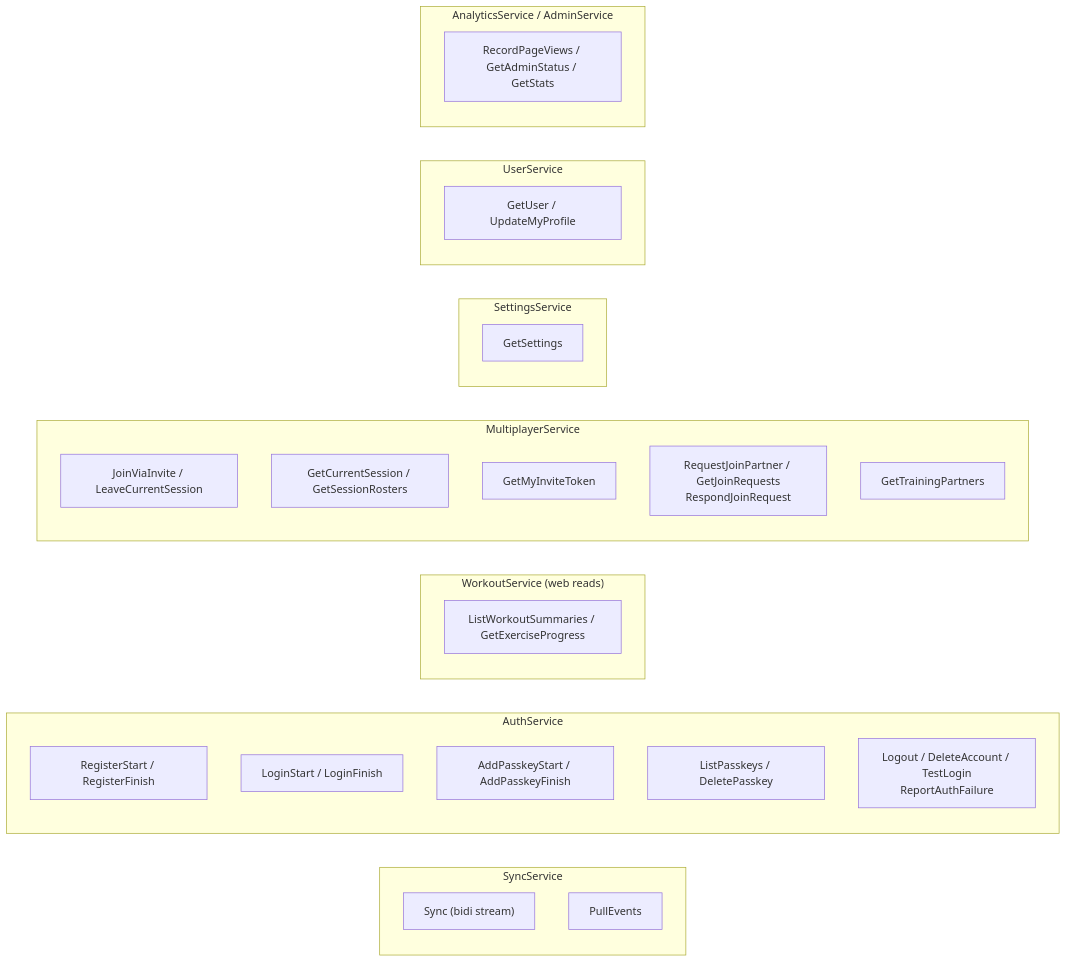
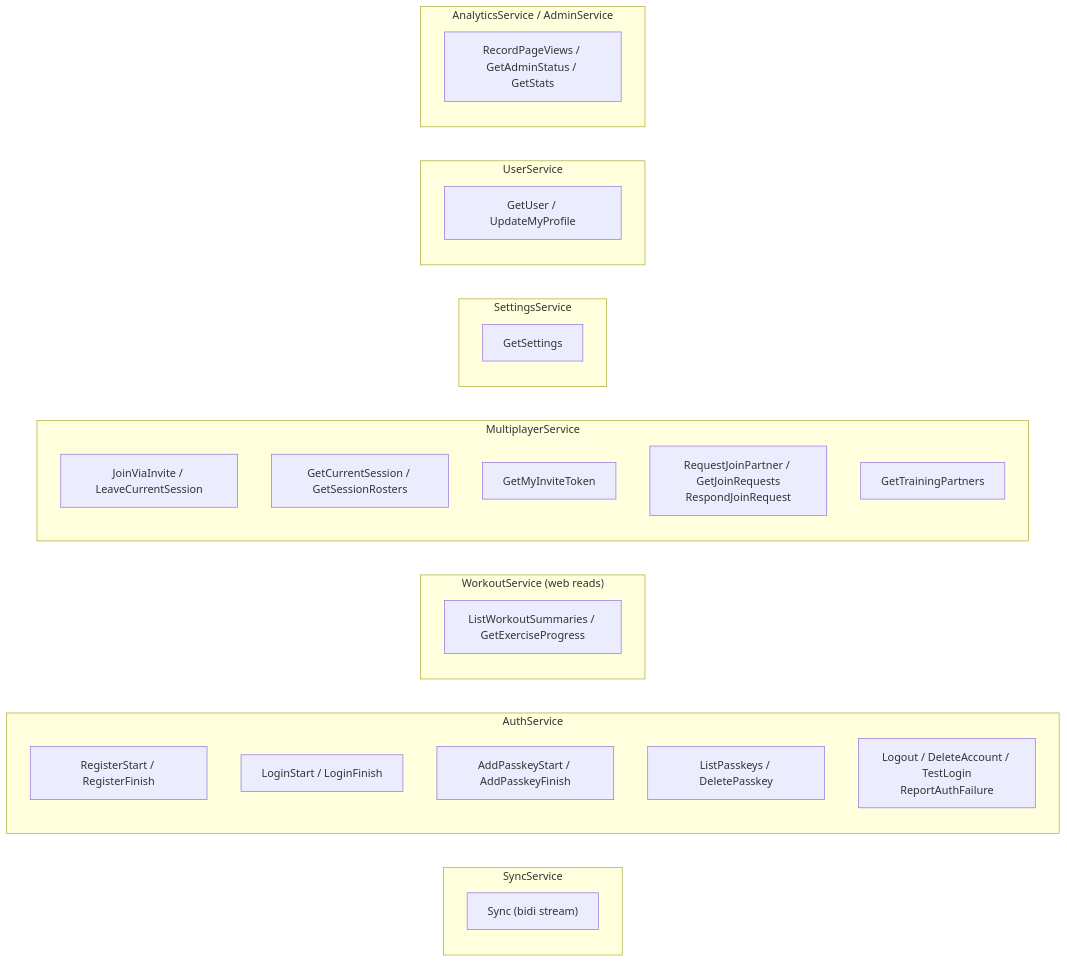
The third of 3 diagrams in docs/architecture/backend.md (brensch/lift), drawn with Mermaid before and after one commit. The commit also changed other lines of this file and 60 other files, not shown here.

````diff
--- a/docs/architecture/backend.md
+++ b/docs/architecture/backend.md
@@ -161,33 +173,32 @@
 ```mermaid
 graph LR
     subgraph "SyncService"
         y1["Sync (bidi stream)"]
-        y2["PullEvents"]
     end
     subgraph "AuthService"
         a1["RegisterStart / RegisterFinish"]
         a2["LoginStart / LoginFinish"]
         a3["AddPasskeyStart / AddPasskeyFinish"]
         a4["ListPasskeys / DeletePasskey"]
         a5["Logout / DeleteAccount / TestLogin<br/>ReportAuthFailure"]
     end
     subgraph "WorkoutService (web reads)"
         w1["ListWorkoutSummaries / GetExerciseProgress"]
     end
     subgraph "MultiplayerService"
         m1["JoinViaInvite / LeaveCurrentSession"]
         m2["GetCurrentSession / GetSessionRosters"]
         m3["GetMyInviteToken"]
         m4["RequestJoinPartner / GetJoinRequests<br/>RespondJoinRequest"]
         m5["GetTrainingPartners"]
     end
     subgraph "SettingsService"
         s1["GetSettings"]
     end
     subgraph "UserService"
         u1["GetUser / UpdateMyProfile"]
     end
     subgraph "AnalyticsService / AdminService"
         x1["RecordPageViews / GetAdminStatus / GetStats"]
     end
 ```
````
